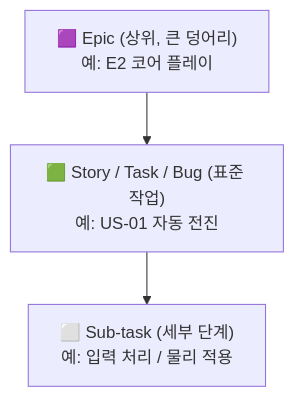
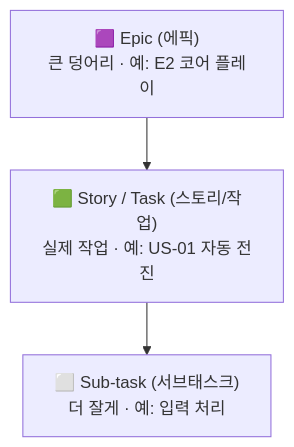
The first of 2 diagrams in 02_Jira/Guide.md (bbnotest/Smart4_PM), drawn with Mermaid before and after one commit. The commit also changed other lines of this file and 4 other files, not shown here.

````diff
--- a/02_Jira/Guide.md
+++ b/02_Jira/Guide.md
@@ -22,5 +36,5 @@
 ```mermaid
 graph TD
-    EP["🟪 Epic (상위, 큰 덩어리)<br/>예: E2 코어 플레이"] --> ST["🟩 Story / Task / Bug (표준 작업)<br/>예: US-01 자동 전진"]
-    ST --> SUB["⬜ Sub-task (세부 단계)<br/>예: 입력 처리 / 물리 적용"]
+    EP["🟪 Epic (에픽)<br/>큰 덩어리 · 예: E2 코어 플레이"] --> ST["🟩 Story / Task (스토리/작업)<br/>실제 작업 · 예: US-01 자동 전진"]
+    ST --> SUB["⬜ Sub-task (서브태스크)<br/>더 잘게 · 예: 입력 처리"]
 ```
````
